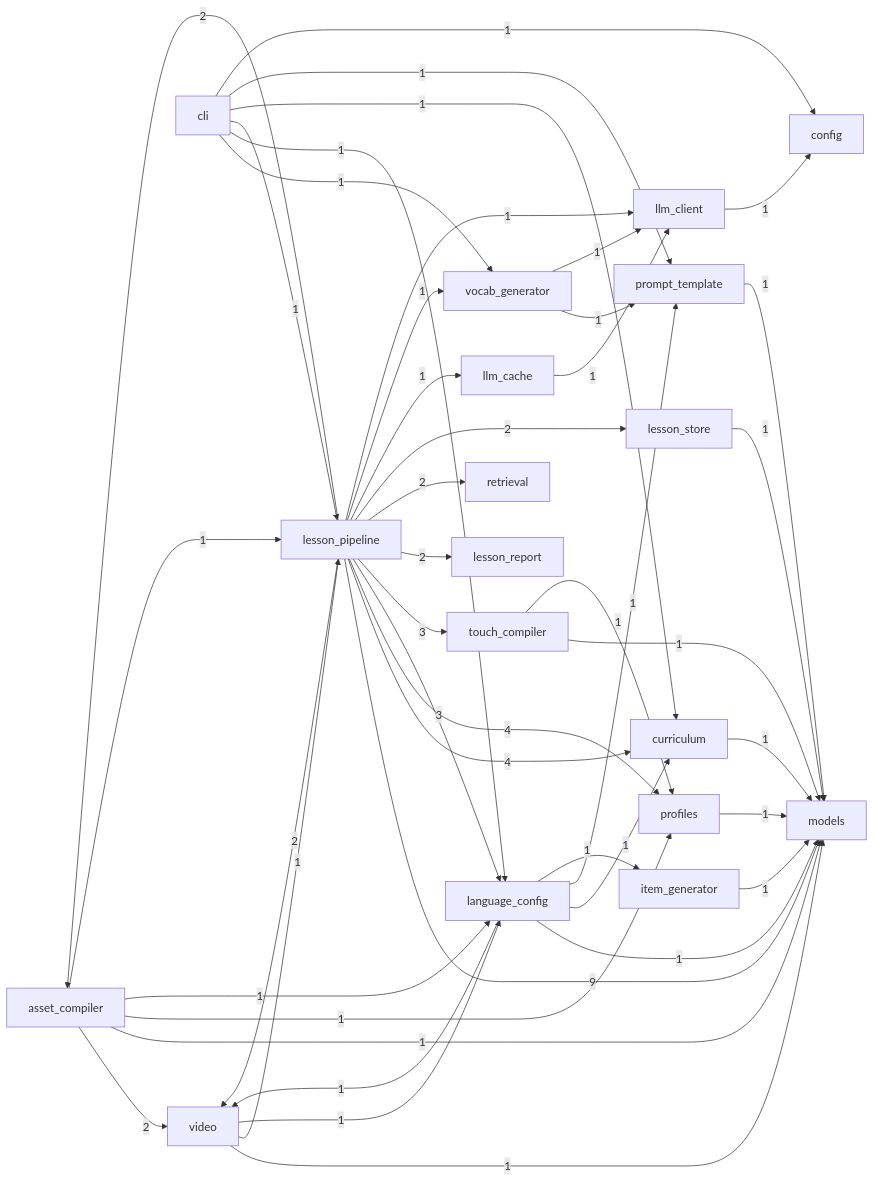
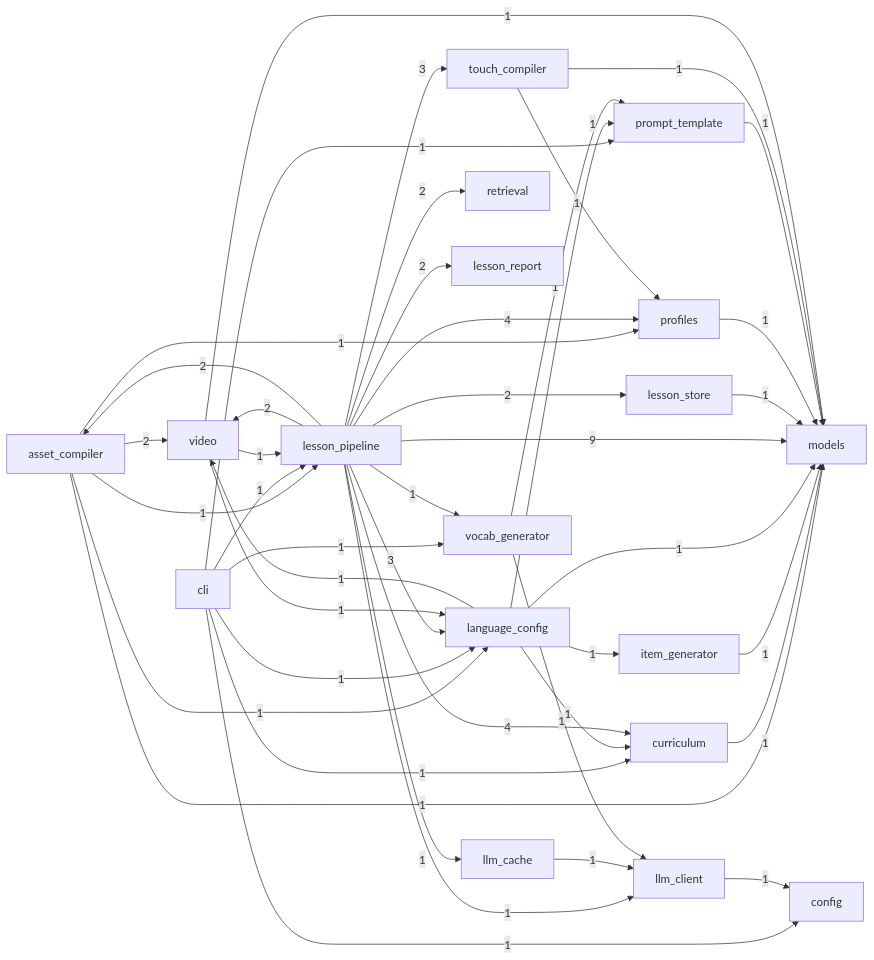
Before and after one commit to Scherlac/JapaneseLessons: the diagram in docs/internal_module_dependencies.md, drawn with Mermaid. The commit also changed other lines of this file and 3 other files, not shown here.

First line of the commit message:
Refactor internal module dependency documentation and enhance graph metadata collection

````diff
--- a/docs/internal_module_dependencies.md
+++ b/docs/internal_module_dependencies.md
@@ -10,64 +10,64 @@
 ```mermaid
 flowchart LR
     asset_compiler -->|2| video
+    asset_compiler -->|1| language_config
+    asset_compiler -->|1| lesson_pipeline
     asset_compiler -->|1| models
     asset_compiler -->|1| profiles
-    asset_compiler -->|1| language_config
-    asset_compiler -->|1| lesson_pipeline
+    cli -->|1| curriculum
     cli -->|1| vocab_generator
     cli -->|1| language_config
+    cli -->|1| config
+    cli -->|1| prompt_template
     cli -->|1| lesson_pipeline
-    cli -->|1| curriculum
-    cli -->|1| prompt_template
-    cli -->|1| config
     curriculum -->|1| models
     item_generator -->|1| models
+    language_config -->|1| curriculum
+    language_config -->|1| video
+    language_config -->|1| item_generator
+    language_config -->|1| prompt_template
     language_config -->|1| models
-    language_config -->|1| video
-    language_config -->|1| curriculum
-    language_config -->|1| prompt_template
-    language_config -->|1| item_generator
     lesson_pipeline -->|9| models
+    lesson_pipeline -->|4| profiles
     lesson_pipeline -->|4| curriculum
-    lesson_pipeline -->|4| profiles
     lesson_pipeline -->|3| language_config
     lesson_pipeline -->|3| touch_compiler
+    lesson_pipeline -->|2| retrieval
     lesson_pipeline -->|2| lesson_report
-    lesson_pipeline -->|2| retrieval
     lesson_pipeline -->|2| lesson_store
     lesson_pipeline -->|2| video
     lesson_pipeline -->|2| asset_compiler
+    lesson_pipeline -->|1| vocab_generator
     lesson_pipeline -->|1| llm_cache
-    lesson_pipeline -->|1| vocab_generator
     lesson_pipeline -->|1| llm_client
     lesson_store -->|1| models
     llm_cache -->|1| llm_client
     llm_client -->|1| config
     profiles -->|1| models
     prompt_template -->|1| models
     touch_compiler -->|1| models
     touch_compiler -->|1| profiles
+    video -->|1| lesson_pipeline
     video -->|1| models
-    video -->|1| lesson_pipeline
     video -->|1| language_config
     vocab_generator -->|1| prompt_template
     vocab_generator -->|1| llm_client
     asset_compiler[asset_compiler]
     cli[cli]
     config[config]
     curriculum[curriculum]
     item_generator[item_generator]
     language_config[language_config]
     lesson_pipeline[lesson_pipeline]
     lesson_report[lesson_report]
     lesson_store[lesson_store]
     llm_cache[llm_cache]
     llm_client[llm_client]
     models[models]
     profiles[profiles]
     prompt_template[prompt_template]
     retrieval[retrieval]
     touch_compiler[touch_compiler]
     video[video]
     vocab_generator[vocab_generator]
 ```
````
